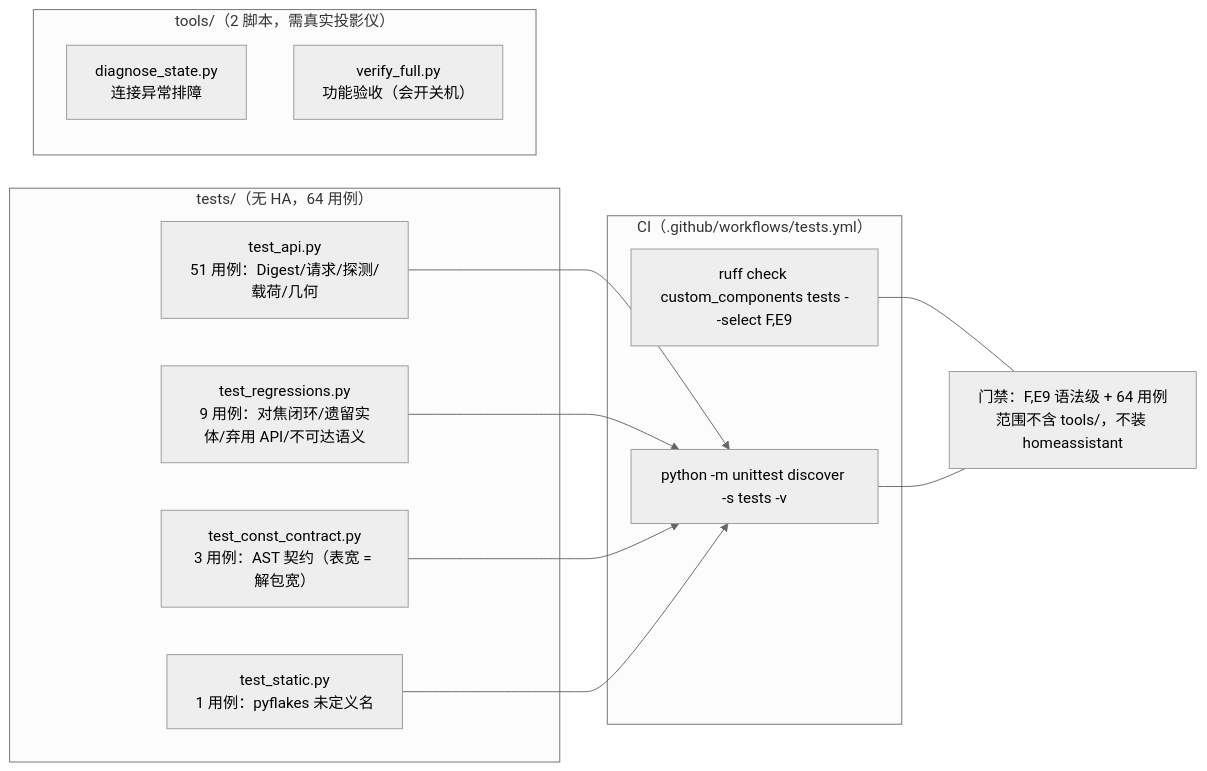
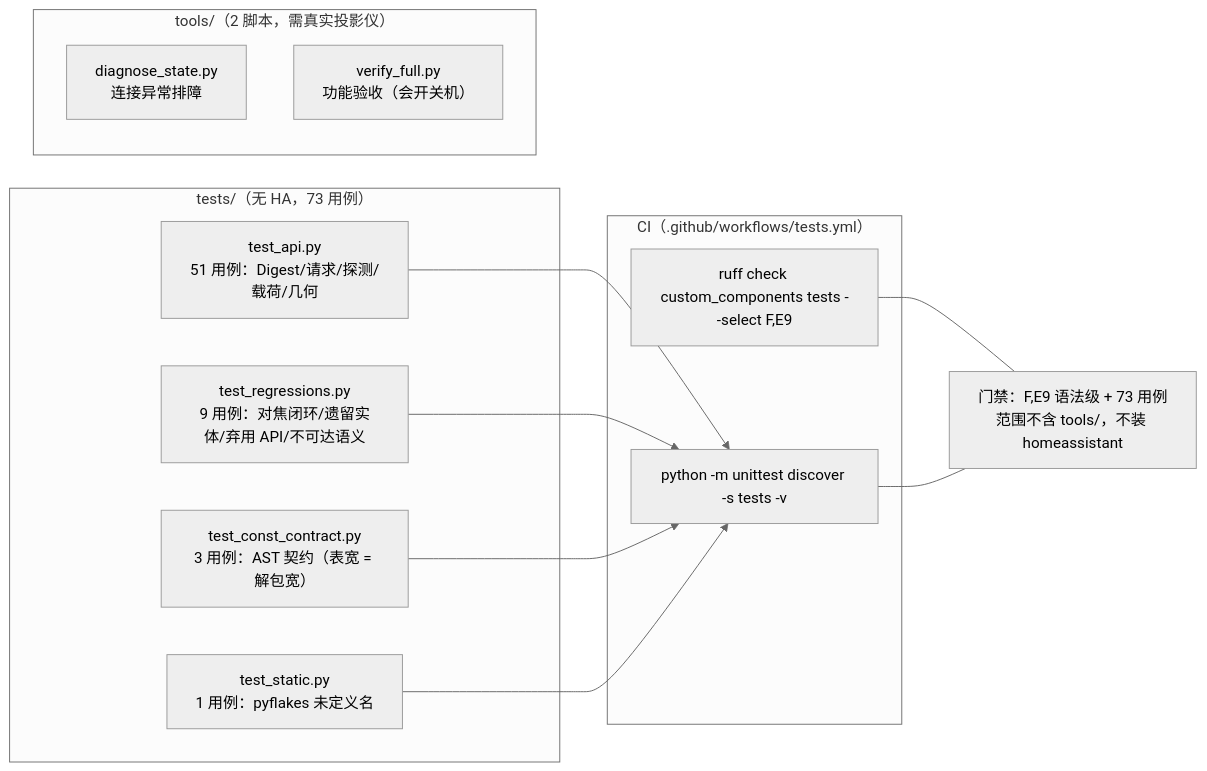
One commit to aixmoyu/ha-epson-ef-projector changed the diagram in docs/architecture/architecture_views/development_view.md. Above: the diagram before and after it, drawn with Mermaid (neutral theme). The commit also changed other lines of this file and 78 other files, not shown here.

````diff
--- a/docs/architecture/architecture_views/development_view.md
+++ b/docs/architecture/architecture_views/development_view.md
@@ -96,23 +96,23 @@
 ```mermaid
 graph LR
-    subgraph 离线单元层 unit["tests/（无 HA，64 用例）"]
+    subgraph 离线单元层 unit["tests/（无 HA，73 用例）"]
         T1["test_api.py<br/>51 用例：Digest/请求/探测/载荷/几何"]
         T2["test_regressions.py<br/>9 用例：对焦闭环/遗留实体/弃用 API/不可达语义"]
         T3["test_const_contract.py<br/>3 用例：AST 契约（表宽 = 解包宽）"]
         T4["test_static.py<br/>1 用例：pyflakes 未定义名"]
     end
     subgraph 真机层 hw["tools/（2 脚本，需真实投影仪）"]
         P1["diagnose_state.py<br/>连接异常排障"]
         P2["verify_full.py<br/>功能验收（会开关机）"]
     end
     subgraph CI["CI（.github/workflows/tests.yml）"]
         C1["ruff check custom_components tests --select F,E9"]
         C2["python -m unittest discover -s tests -v"]
     end
     T1 --> C2
     T2 --> C2
     T3 --> C2
     T4 --> C2
-    C1 --- G["门禁：F,E9 语法级 + 64 用例<br/>范围不含 tools/，不装 homeassistant"]
+    C1 --- G["门禁：F,E9 语法级 + 73 用例<br/>范围不含 tools/，不装 homeassistant"]
     C2 --- G
 ```
````
